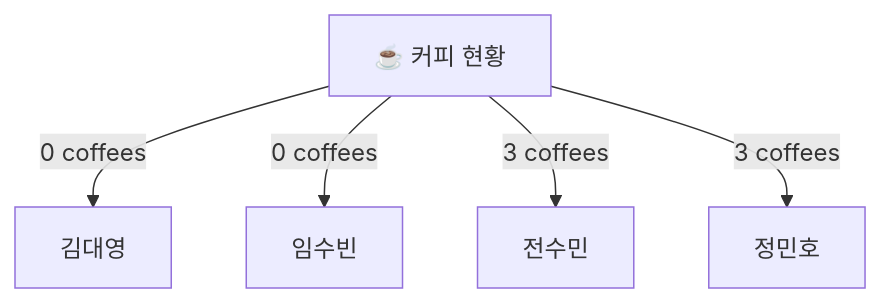
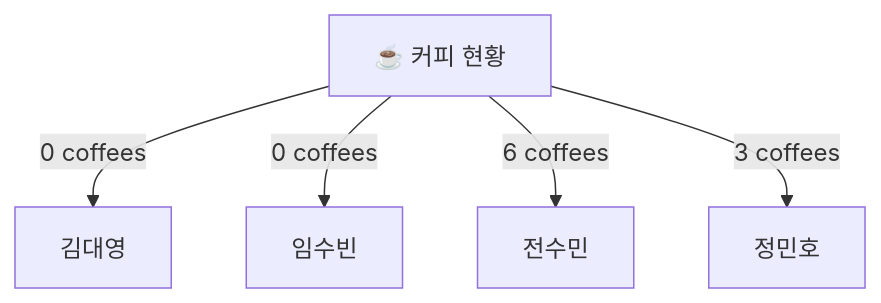
The diagram in README.md (good-query/real-my-sql-study), drawn with Mermaid before and after one commit. The commit also changed other lines of this file and 1 other file, not shown here.

````diff
--- a/README.md
+++ b/README.md
@@ -23,7 +11,7 @@
 ```mermaid
 graph TD;
     A[☕ 커피 현황] -->|0 coffees| B[김대영]
     A -->|0 coffees| C[임수빈]
-    A -->|3 coffees| D[전수민]
+    A -->|6 coffees| D[전수민]
     A -->|3 coffees| E[정민호]
 ```
````
